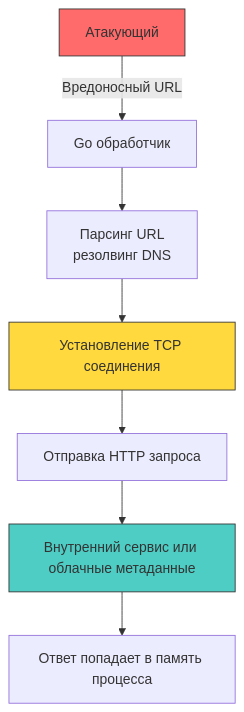
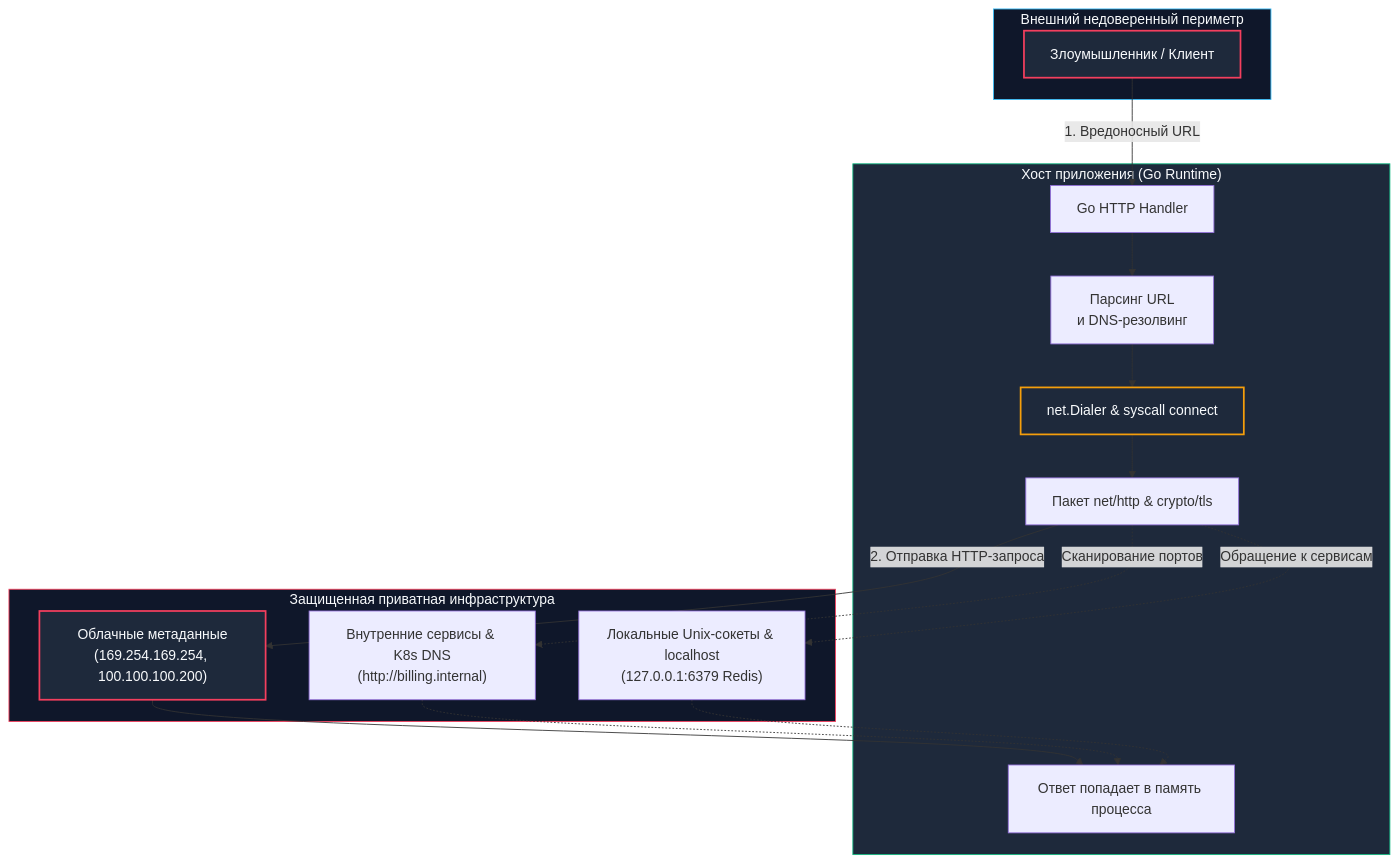
Before and after one commit to UnrealTemplier/go-textbook: the diagram in sources/17. Безопасность (AppSec в Go)/04. Уязвимости/3. SSRF.md, drawn with Mermaid. The commit also changed other lines of this file, not shown here.

````diff
--- a/sources/17. Безопасность (AppSec в Go)/04. Уязвимости/3. SSRF.md
+++ b/sources/17. Безопасность (AppSec в Go)/04. Уязвимости/3. SSRF.md
@@ -5,13 +9,38 @@
 ```mermaid
 flowchart TD
-    A["Атакующий"] -->|"Вредоносный URL"| B["Go обработчик"]
-    B --> C["Парсинг URL<br>резолвинг DNS"]
-    C --> D["Установление TCP соединения"]
-    D --> E["Отправка HTTP запроса"]
-    E --> F["Внутренний сервис или облачные метаданные"]
-    F --> G["Ответ попадает в память процесса"]
-    
-    style A fill:#ff6b6b,stroke:#333
-    style D fill:#ffd93d,stroke:#333
-    style F fill:#4ecdc4,stroke:#333
+    subgraph External["Внешний недоверенный периметр"]
+        A["Злоумышленник / Клиент"]
+    end
+
+    subgraph Host["Хост приложения (Go Runtime)"]
+        B["Go HTTP Handler"]
+        C["Парсинг URL<br/>и DNS-резолвинг"]
+        D["net.Dialer & syscall connect"]
+        E["Пакет net/http & crypto/tls"]
+        G["Ответ попадает в память процесса"]
+    end
+
+    subgraph Internal["Защищенная приватная инфраструктура"]
+        F1["Облачные метаданные<br/>(169.254.169.254, 100.100.100.200)"]
+        F2["Внутренние сервисы & K8s DNS<br/>(http://billing.internal)"]
+        F3["Локальные Unix-сокеты & localhost<br/>(127.0.0.1:6379 Redis)"]
+    end
+
+    A -->|"1. Вредоносный URL"| B
+    B --> C
+    C --> D
+    D --> E
+    E -->|"2. Отправка HTTP-запроса"| F1
+    E -.->|"Сканирование портов"| F2
+    E -.->|"Обращение к сервисам"| F3
+    F1 --> G
+    F2 -.-> G
+    F3 -.-> G
+
+    style External fill:#0f172a,stroke:#38bdf8,stroke-width:1px,color:#f8fafc
+    style Host fill:#1e293b,stroke:#10b981,stroke-width:1px,color:#f8fafc
+    style Internal fill:#0f172a,stroke:#f43f5e,stroke-width:1px,color:#f8fafc
+    style A fill:#1e293b,stroke:#f43f5e,stroke-width:2px,color:#f8fafc
+    style D fill:#1e293b,stroke:#f59e0b,stroke-width:2px,color:#f8fafc
+    style F1 fill:#1e293b,stroke:#f43f5e,stroke-width:2px,color:#f8fafc
 ```
````
